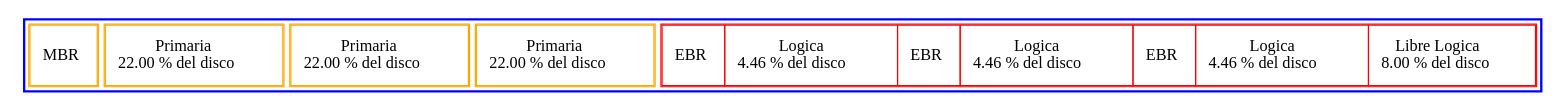
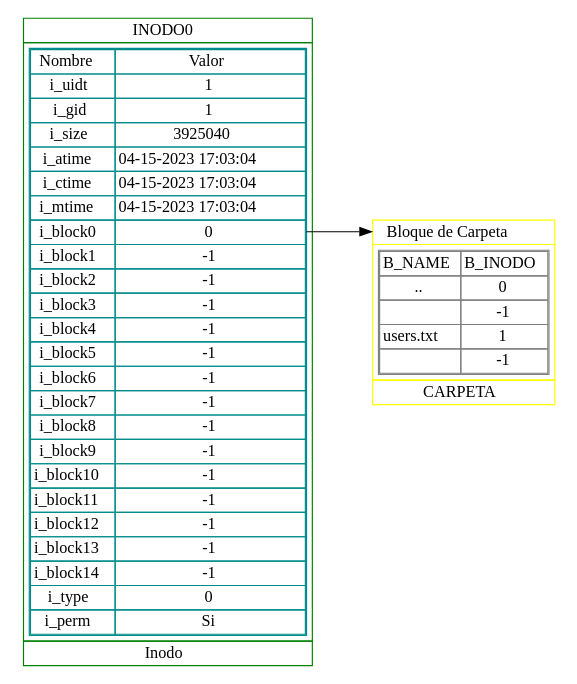
Before and after one commit to Gerson7w7/MIA_Proyecto2_202000166: the diagram in backend/reporte1.dot, drawn with Graphviz. The commit also changed 17 other files, not shown here.

```diff
--- a/backend/reporte1.dot
+++ b/backend/reporte1.dot
@@ -1,35 +1,59 @@
 digraph {
-tbl [
+rankdir=LR;
+ Inodo0 [
 shape=plaintext
 label=<
-<table border='2' cellborder='0' color='blue' cellspacing='1'>
-<tr>
-<td colspan='1' rowspan='1'>
-<table color='orange' border='1' cellborder='1' cellpadding='10' cellspacing='0'>
-<tr><td>MBR</td></tr>
+<table border='0' cellborder='1' color='green' cellspacing='0'>
+<tr><td PORT = 'I0' >INODO0</td></tr>
+<tr><td cellpadding='4'>
+<table color='cyan4' cellspacing='0'>
+<tr><td>Nombre</td><td>Valor</td></tr>
+<tr><td>i_uidt</td><td>1</td></tr>
+<tr><td>i_gid</td><td>1</td></tr>
+<tr><td>i_size</td><td>3925040</td></tr>
+<tr><td>i_atime</td><td> 04-15-2023 17:03:04 </td></tr>
+<tr><td>i_ctime</td><td> 04-15-2023 17:03:04 </td></tr>
+<tr><td>i_mtime</td><td> 04-15-2023 17:03:04 </td></tr>
+<tr><td>i_block0</td><td PORT = 'B0'>0</td></tr>
+<tr><td>i_block1</td><td >-1</td></tr>
+<tr><td>i_block2</td><td >-1</td></tr>
+<tr><td>i_block3</td><td >-1</td></tr>
+<tr><td>i_block4</td><td >-1</td></tr>
+<tr><td>i_block5</td><td >-1</td></tr>
+<tr><td>i_block6</td><td >-1</td></tr>
+<tr><td>i_block7</td><td >-1</td></tr>
+<tr><td>i_block8</td><td >-1</td></tr>
+<tr><td>i_block9</td><td >-1</td></tr>
+<tr><td>i_block10</td><td >-1</td></tr>
+<tr><td>i_block11</td><td >-1</td></tr>
+<tr><td>i_block12</td><td >-1</td></tr>
+<tr><td>i_block13</td><td >-1</td></tr>
+<tr><td>i_block14</td><td >-1</td></tr>
+<tr><td>i_type</td><td>0</td></tr>
+<tr><td>i_perm</td><td>Si</td></tr>
 </table>
 </td>
-<td colspan='1' rowspan='1'>
-<table color='orange' border='1' cellborder='1' cellpadding='10' cellspacing='0'>
-<tr><td>Primaria <br/> 22.00 % del disco</td></tr>
+</tr>
+<tr><td>Inodo</td></tr>
+</table> >];
+
+Inodo0:B0 -> Bloque0:BL0;
+Bloque0 [
+shape=plaintext
+label=<
+<table border='0' cellborder='1' color='yellow' cellspacing='0'>
+<tr><td PORT ='BL0'>Bloque de Carpeta</td></tr>
+<tr><td cellpadding='4'>
+<table color='gray' cellspacing='0'>
+<tr><td>B_NAME</td><td>B_INODO</td></tr>
+<tr><td>..</td><td >0</td></tr>
+<tr><td></td><td >-1</td></tr>
+<tr><td>users.txt</td><td >1</td></tr>
+<tr><td></td><td >-1</td></tr>
 </table>
 </td>
-<td colspan='1' rowspan='1'>
-<table color='orange' border='1' cellborder='1' cellpadding='10' cellspacing='0'>
-<tr><td>Primaria <br/> 22.00 % del disco</td></tr>
+</tr>
+<tr><td>CARPETA</td></tr>
 </table>
-</td>
-<td colspan='1' rowspan='1'>
-<table color='orange' border='1' cellborder='1' cellpadding='10' cellspacing='0'>
-<tr><td>Primaria <br/> 22.00 % del disco</td></tr>
-</table>
-</td>
-<td colspan='1' rowspan='1'>
-<table color='red' border='1' cellborder='1' cellpadding='10' cellspacing='0'>
-<tr>  <td>EBR</td><td> Logica <br/> 4.46 % del disco </td>  <td>EBR</td><td> Logica <br/> 4.46 % del disco </td>  <td>EBR</td><td> Logica <br/> 4.46 % del disco </td> <td> Libre Logica <br/> 8.00 % del disco</td></tr>
-</table>
-</td>
- </tr>
- </table>
->];
+ >];
 }
```
